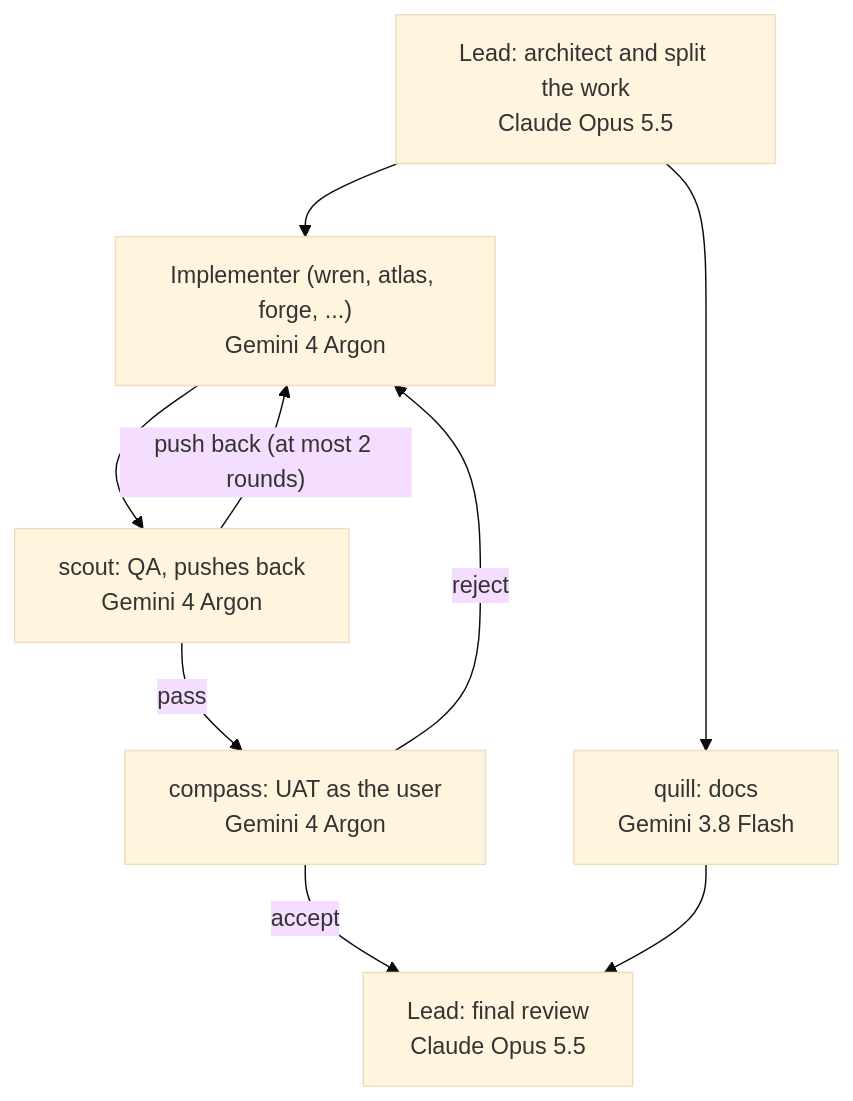
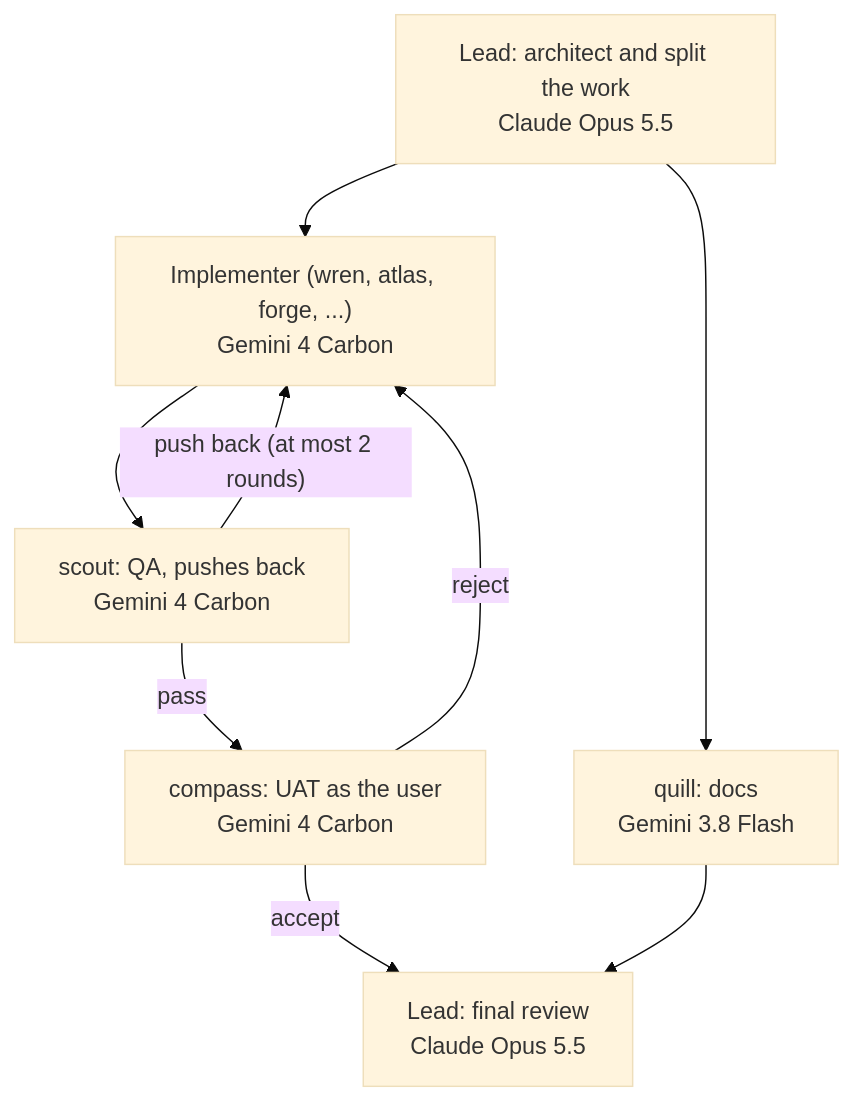
One commit to VitruvianSoftware/vitruvian-core changed the diagram in docs/concepts/agent-team.md. Above: the diagram before and after it, drawn with Mermaid (base theme). The commit also changed other lines of this file and 22 other files, not shown here.

Commit message:
chore(agents): run the deep specialists on Gemini 4 Carbon

````diff
--- a/docs/concepts/agent-team.md
+++ b/docs/concepts/agent-team.md
@@ -7,17 +7,17 @@
 ```mermaid
 flowchart TD
     L1["Lead: architect and split the work<br/>Claude Opus 5.5"]
-    W["Implementer (wren, atlas, forge, ...)<br/>Gemini 4 Argon"]
-    Q["scout: QA, pushes back<br/>Gemini 4 Argon"]
+    W["Implementer (wren, atlas, forge, ...)<br/>Gemini 4 Carbon"]
+    Q["scout: QA, pushes back<br/>Gemini 4 Carbon"]
     D["quill: docs<br/>Gemini 3.8 Flash"]
     L2["Lead: final review<br/>Claude Opus 5.5"]
     L1 --> W
     L1 --> D
     W --> Q
     Q -- "push back (at most 2 rounds)" --> W
-    U["compass: UAT as the user<br/>Gemini 4 Argon"]
+    U["compass: UAT as the user<br/>Gemini 4 Carbon"]
     Q -- "pass" --> U
     U -- "reject" --> W
     U -- "accept" --> L2
     D --> L2
 ```
````
